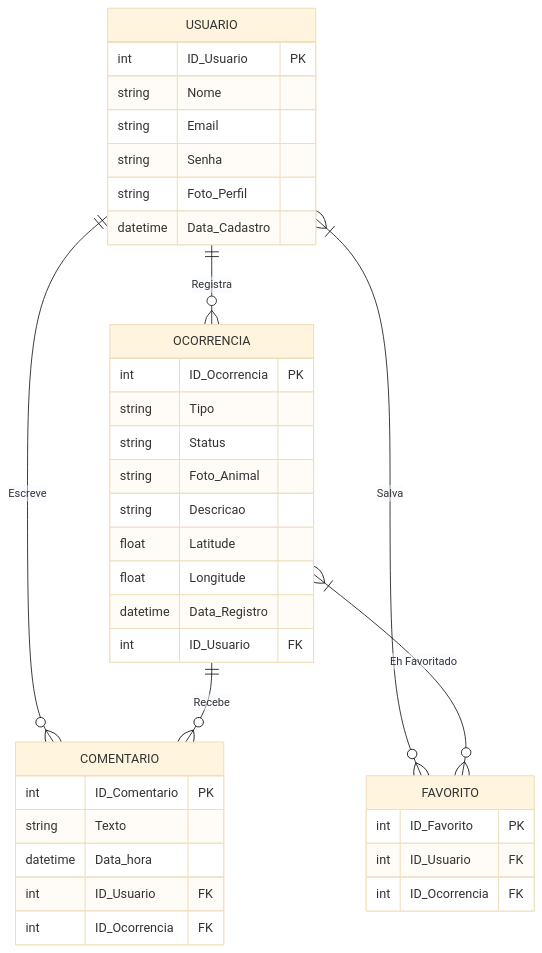
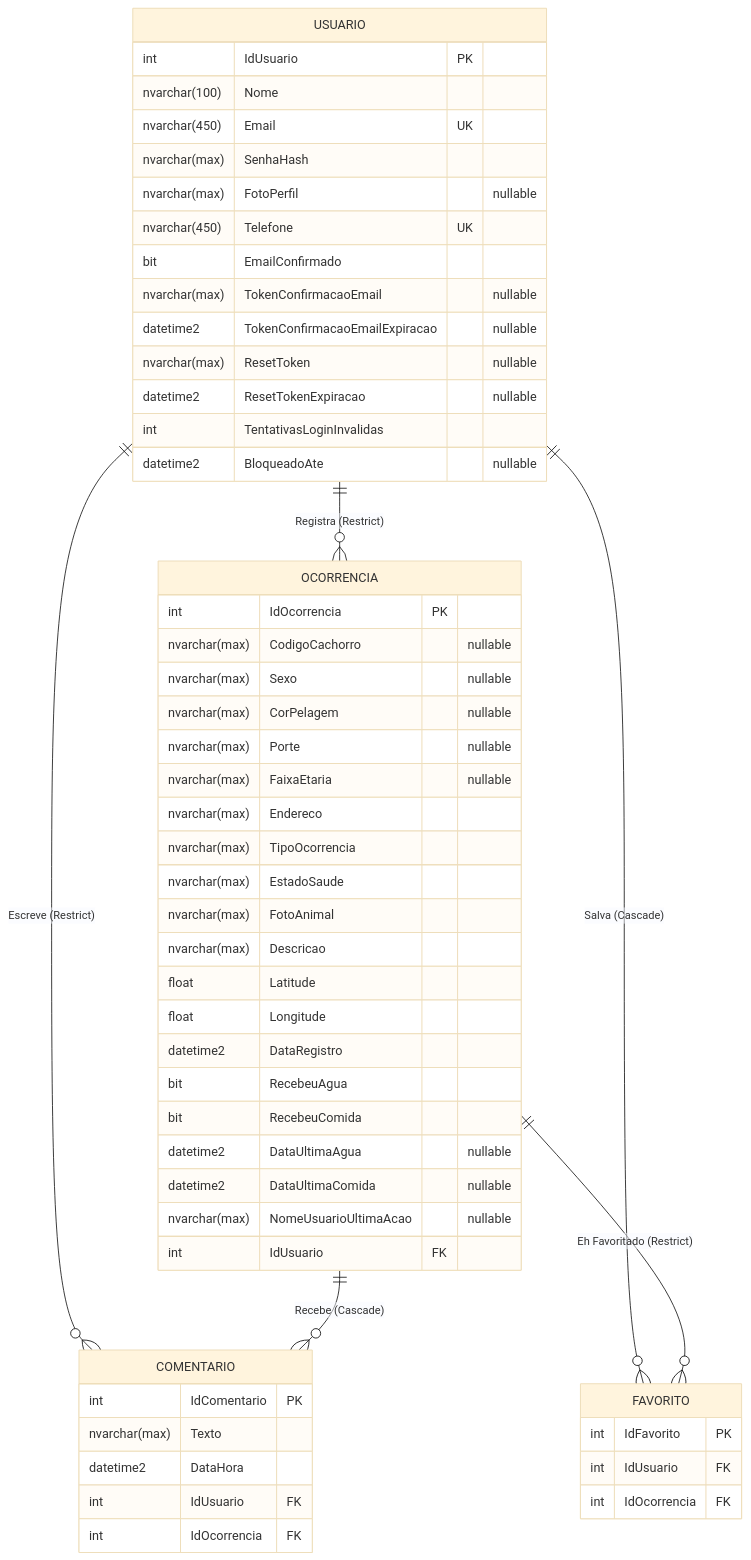
Before and after one commit to ICEI-PUC-Minas-PMV-ADS/pmv-ads-2026-1-e2-proj-int-t6-G5-sosdog: the second of 2 diagrams in docs/05-Arquitetura da Solução.md, drawn with Mermaid (base theme). The commit also changed other lines of this file, not shown here.

First line of the commit message:
Enhance architecture documentation with diagrams and tech details

````diff
--- a/docs/05-Arquitetura da Solução.md
+++ b/docs/05-Arquitetura da Solução.md
@@ -40,43 +92,61 @@
-  ```mermaid
-   erDiagram
-    USUARIO ||--o{ OCORRENCIA : "Registra"
-    USUARIO ||--o{ COMENTARIO : "Escreve"
-    USUARIO }|--o{ FAVORITO : "Salva"
-    OCORRENCIA ||--o{ COMENTARIO : "Recebe"
-    OCORRENCIA }|--o{ FAVORITO : "Eh Favoritado"
+```mermaid
+erDiagram
+    USUARIO ||--o{ OCORRENCIA : "Registra (Restrict)"
+    USUARIO ||--o{ COMENTARIO : "Escreve (Restrict)"
+    USUARIO ||--o{ FAVORITO : "Salva (Cascade)"
+    OCORRENCIA ||--o{ COMENTARIO : "Recebe (Cascade)"
+    OCORRENCIA ||--o{ FAVORITO : "Eh Favoritado (Restrict)"
 
     USUARIO {
-        int ID_Usuario PK
-        string Nome
-        string Email
-        string Senha
-        string Foto_Perfil
-        datetime Data_Cadastro
+        int IdUsuario PK
+        nvarchar(100) Nome
+        nvarchar(450) Email UK
+        nvarchar(max) SenhaHash
+        nvarchar(max) FotoPerfil "nullable"
+        nvarchar(450) Telefone UK
+        bit EmailConfirmado
+        nvarchar(max) TokenConfirmacaoEmail "nullable"
+        datetime2 TokenConfirmacaoEmailExpiracao "nullable"
+        nvarchar(max) ResetToken "nullable"
+        datetime2 ResetTokenExpiracao "nullable"
+        int TentativasLoginInvalidas
+        datetime2 BloqueadoAte "nullable"
     }
 
     OCORRENCIA {
-        int ID_Ocorrencia PK
-        string Tipo
-        string Status
-        string Foto_Animal
-        string Descricao
+        int IdOcorrencia PK
+        nvarchar(max) CodigoCachorro "nullable"
+        nvarchar(max) Sexo "nullable"
+        nvarchar(max) CorPelagem "nullable"
+        nvarchar(max) Porte "nullable"
+        nvarchar(max) FaixaEtaria "nullable"
+        nvarchar(max) Endereco
+        nvarchar(max) TipoOcorrencia
+        nvarchar(max) EstadoSaude
+        nvarchar(max) FotoAnimal
+        nvarchar(max) Descricao
         float Latitude
         float Longitude
-        datetime Data_Registro
-        int ID_Usuario FK
+        datetime2 DataRegistro
+        bit RecebeuAgua
+        bit RecebeuComida
+        datetime2 DataUltimaAgua "nullable"
+        datetime2 DataUltimaComida "nullable"
+        nvarchar(max) NomeUsuarioUltimaAcao "nullable"
+        int IdUsuario FK
     }
 
     COMENTARIO {
-        int ID_Comentario PK
-        string Texto
-        datetime Data_hora
-        int ID_Usuario FK
-        int ID_Ocorrencia FK
+        int IdComentario PK
+        nvarchar(max) Texto
+        datetime2 DataHora
+        int IdUsuario FK
+        int IdOcorrencia FK
     }
 
     FAVORITO {
-        int ID_Favorito PK
-        int ID_Usuario FK
-        int ID_Ocorrencia FK
+        int IdFavorito PK
+        int IdUsuario FK
+        int IdOcorrencia FK
     }
-  ```
+```
````
